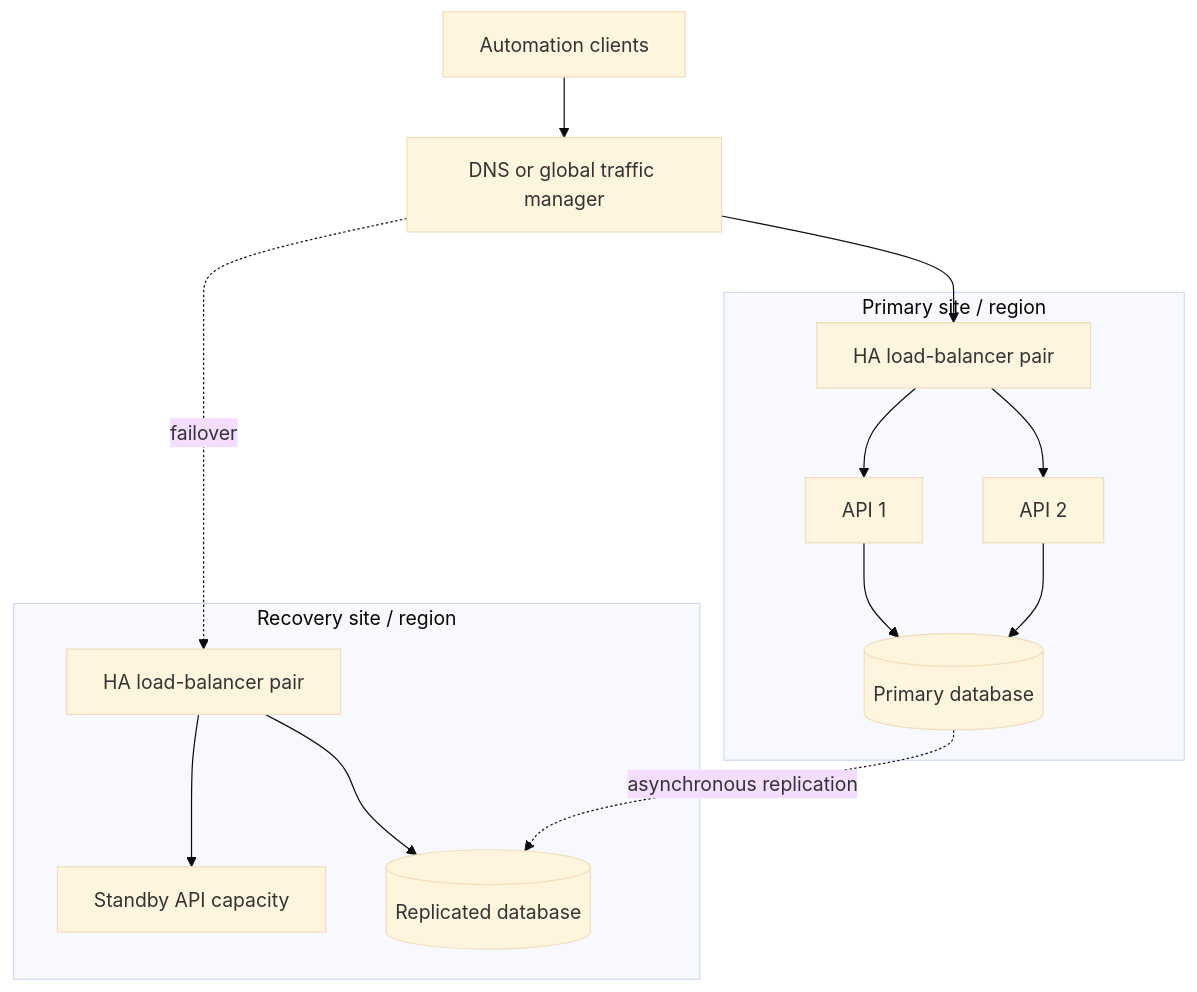
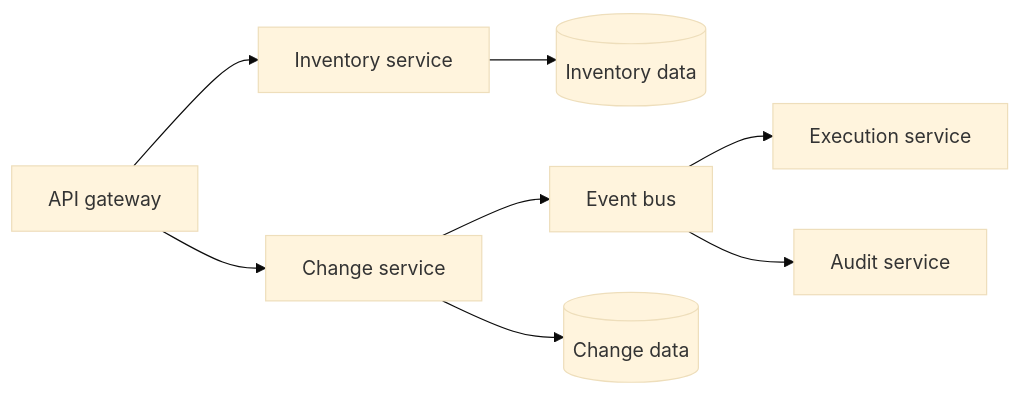
Before and after one commit to tanthanh85/CCNPAUTO: the third of 6 diagrams in Part1/Chapter1.md, drawn with Mermaid (base theme). The commit also changed other lines of this file and 3 other files, not shown here.

````diff
--- a/Part1/Chapter1.md
+++ b/Part1/Chapter1.md
@@ -250,20 +198,10 @@
 ```mermaid
-flowchart TB
-    Client["Automation clients"] --> GSLB["DNS or global traffic manager"]
-    GSLB --> LBA
-    GSLB -. failover .-> LBB
-
-    subgraph A["Primary site / region"]
-        LBA["HA load-balancer pair"] --> A1["API 1"]
-        LBA --> A2["API 2"]
-        A1 --> DBA[("Primary database")]
-        A2 --> DBA
-    end
-
-    subgraph B["Recovery site / region"]
-        LBB["HA load-balancer pair"] --> B1["Standby API capacity"]
-        LBB --> DBB[("Replicated database")]
-    end
-
-    DBA -. asynchronous replication .-> DBB
+flowchart LR
+    Gateway["API gateway"] --> Inventory["Inventory service"]
+    Gateway --> Change["Change service"]
+    Change --> Events["Event bus"]
+    Events --> Execute["Execution service"]
+    Events --> Audit["Audit service"]
+    Inventory --> IDB[("Inventory data")]
+    Change --> CDB[("Change data")]
 ```
````
